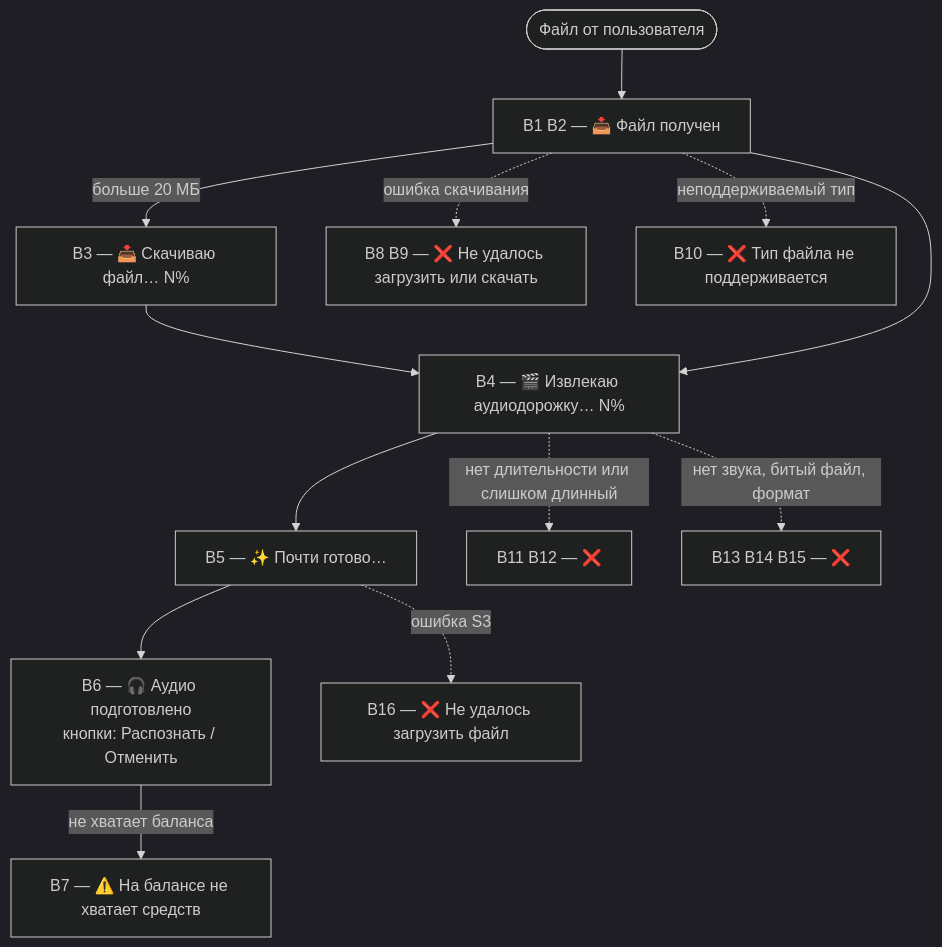
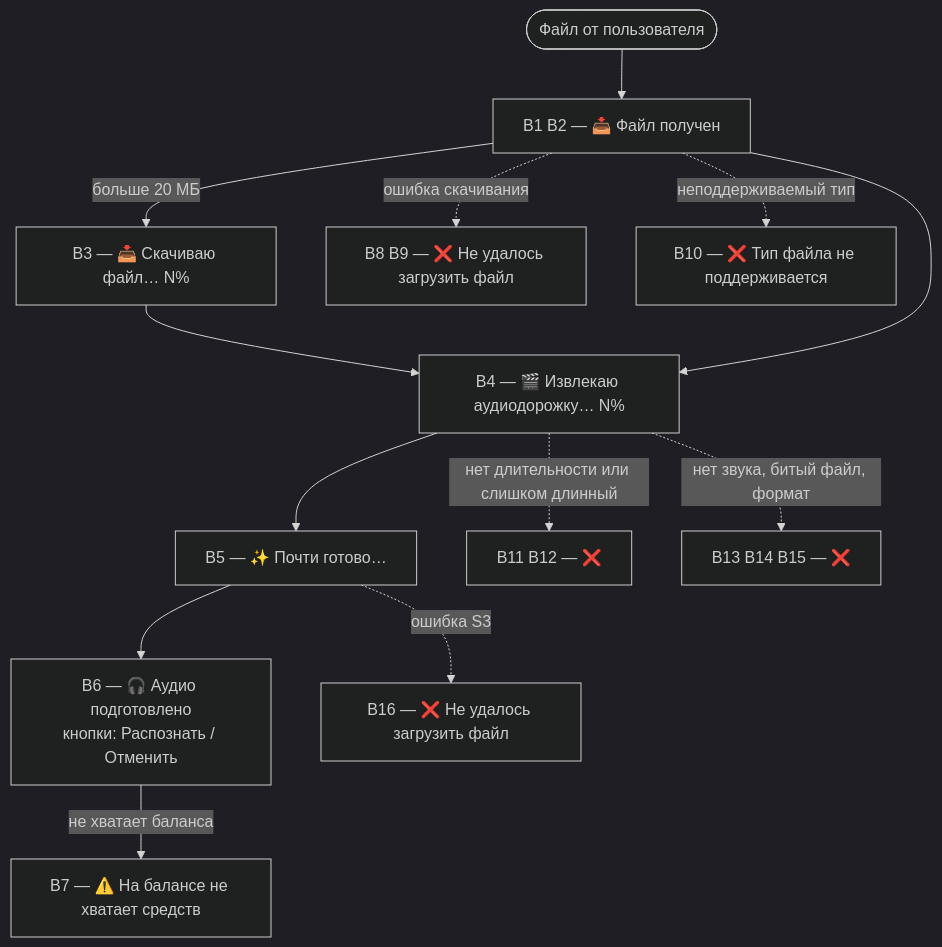
Before and after one commit to gistrec/ClearTranscriptBot: the first of 3 diagrams in docs/messages.md, drawn with Mermaid (dark theme). The commit also changed other lines of this file and 8 other files, not shown here.

````diff
--- a/docs/messages.md
+++ b/docs/messages.md
@@ -11,15 +11,15 @@
 ```mermaid
 flowchart TD
     U([Файл от пользователя]) --> ACK["B1 B2 — 📥 Файл получен"]
     ACK -->|больше 20 МБ| DL["B3 — 📥 Скачиваю файл… N%"]
     DL --> CONV
     ACK --> CONV["B4 — 🎬 Извлекаю аудиодорожку… N%"]
     CONV --> SAVE["B5 — ✨ Почти готово…"]
     SAVE --> OK["B6 — 🎧 Аудио подготовлено<br/>кнопки: Распознать / Отменить"]
     OK -->|не хватает баланса| TW["B7 — ⚠️ На балансе не хватает средств"]
-    ACK -.->|ошибка скачивания| E1["B8 B9 — ❌ Не удалось загрузить или скачать"]
+    ACK -.->|ошибка скачивания| E1["B8 B9 — ❌ Не удалось загрузить файл"]
     ACK -.->|неподдерживаемый тип| E2["B10 — ❌ Тип файла не поддерживается"]
     CONV -.->|нет длительности или слишком длинный| E3["B11 B12 — ❌"]
     CONV -.->|нет звука, битый файл, формат| E4["B13 B14 B15 — ❌"]
     SAVE -.->|ошибка S3| E5["B16 — ❌ Не удалось загрузить файл"]
 ```
````
